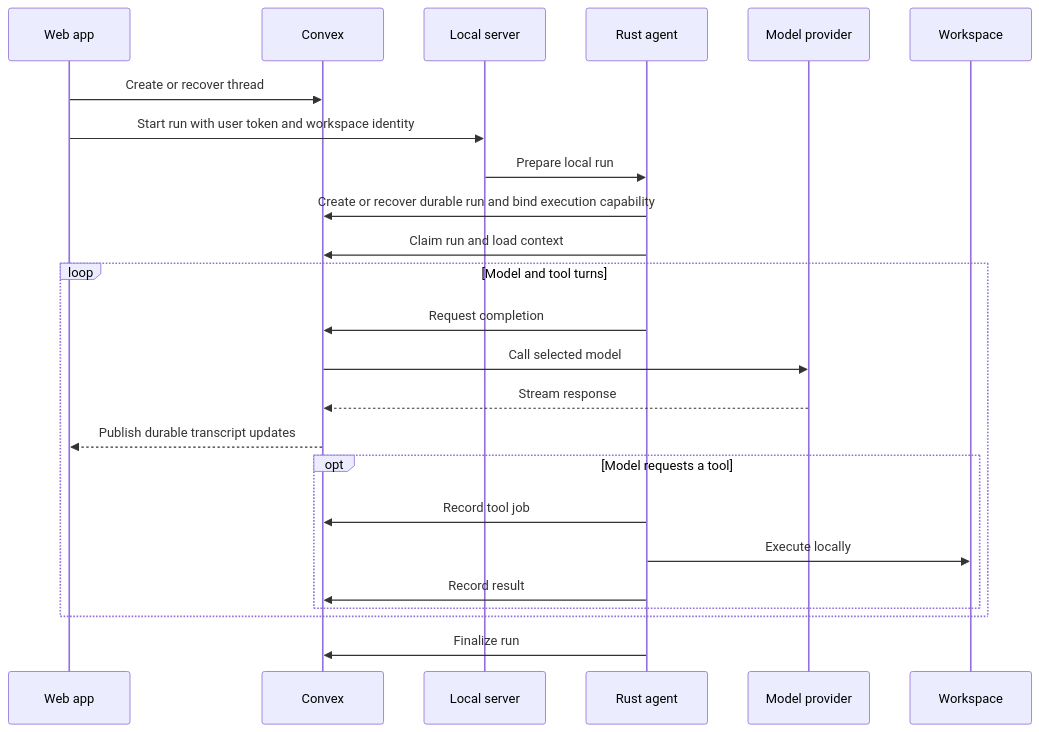
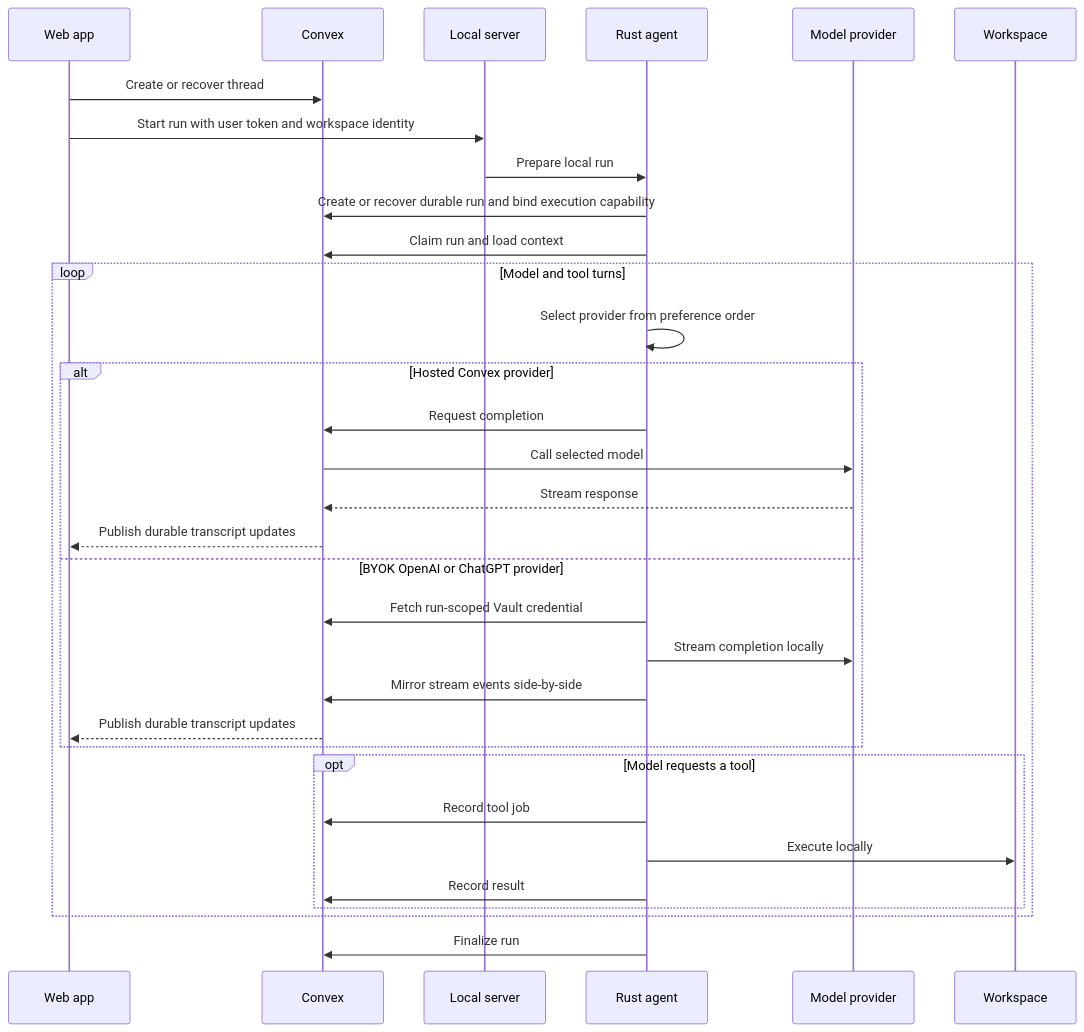
One commit to spikonado/sprocket changed the second of 2 diagrams in ARCHITECTURE.md. Above: the diagram before and after it, drawn with Mermaid. The commit also changed other lines of this file and 33 other files, not shown here.

First line of the commit message:
feat(providers): Add BYOK OpenAI and ChatGPT fallback

````diff
--- a/ARCHITECTURE.md
+++ b/ARCHITECTURE.md
@@ -114,27 +115,35 @@
 ```mermaid
 sequenceDiagram
     participant UI as Web app
     participant C as Convex
     participant S as Local server
     participant A as Rust agent
     participant M as Model provider
     participant W as Workspace
 
     UI->>C: Create or recover thread
     UI->>S: Start run with user token and workspace identity
     S->>A: Prepare local run
     A->>C: Create or recover durable run and bind execution capability
     A->>C: Claim run and load context
     loop Model and tool turns
-        A->>C: Request completion
-        C->>M: Call selected model
-        M-->>C: Stream response
-        C-->>UI: Publish durable transcript updates
+        A->>A: Select provider from preference order
+        alt Hosted Convex provider
+            A->>C: Request completion
+            C->>M: Call selected model
+            M-->>C: Stream response
+            C-->>UI: Publish durable transcript updates
+        else BYOK OpenAI or ChatGPT provider
+            A->>C: Fetch run-scoped Vault credential
+            A->>M: Stream completion locally
+            A->>C: Mirror stream events side-by-side
+            C-->>UI: Publish durable transcript updates
+        end
         opt Model requests a tool
             A->>C: Record tool job
             A->>W: Execute locally
             A->>C: Record result
         end
     end
     A->>C: Finalize run
 ```
````
